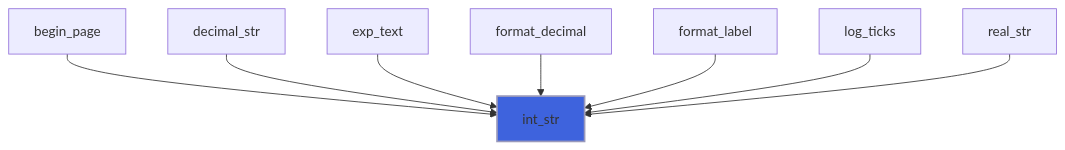
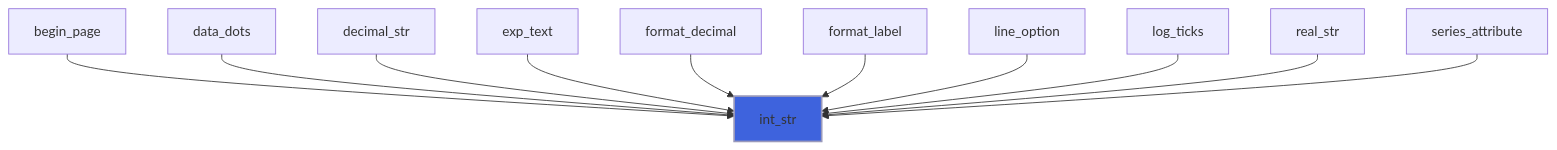
One commit to szaghi/foresight changed the eighth of 18 diagrams in docs/api/src/lib/foresight_format.md. Above: the diagram before and after it, drawn with Mermaid. The commit also changed other lines of this file and 97 other files, not shown here.

````diff
--- a/docs/api/src/lib/foresight_format.md
+++ b/docs/api/src/lib/foresight_format.md
@@ -222,11 +263,14 @@
 ```mermaid
 flowchart TD
   begin_page["begin_page"] --> int_str["int_str"]
+  data_dots["data_dots"] --> int_str["int_str"]
   decimal_str["decimal_str"] --> int_str["int_str"]
   exp_text["exp_text"] --> int_str["int_str"]
   format_decimal["format_decimal"] --> int_str["int_str"]
   format_label["format_label"] --> int_str["int_str"]
+  line_option["line_option"] --> int_str["int_str"]
   log_ticks["log_ticks"] --> int_str["int_str"]
   real_str["real_str"] --> int_str["int_str"]
+  series_attribute["series_attribute"] --> int_str["int_str"]
   style int_str fill:#3e63dd,stroke:#99b,stroke-width:2px
 ```
````
